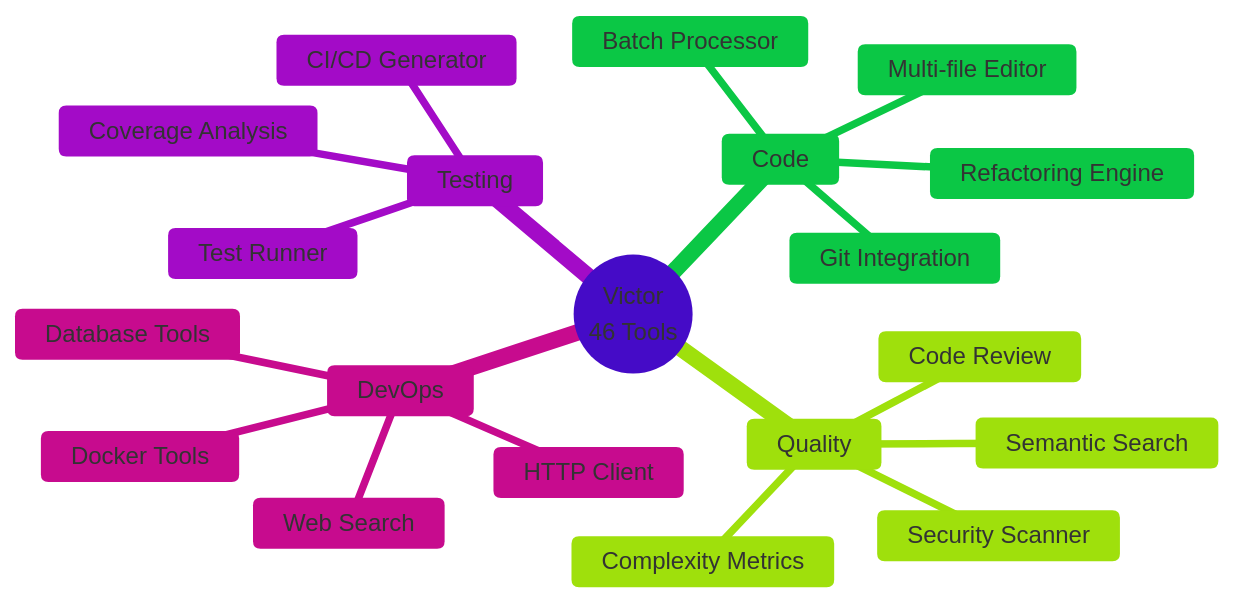
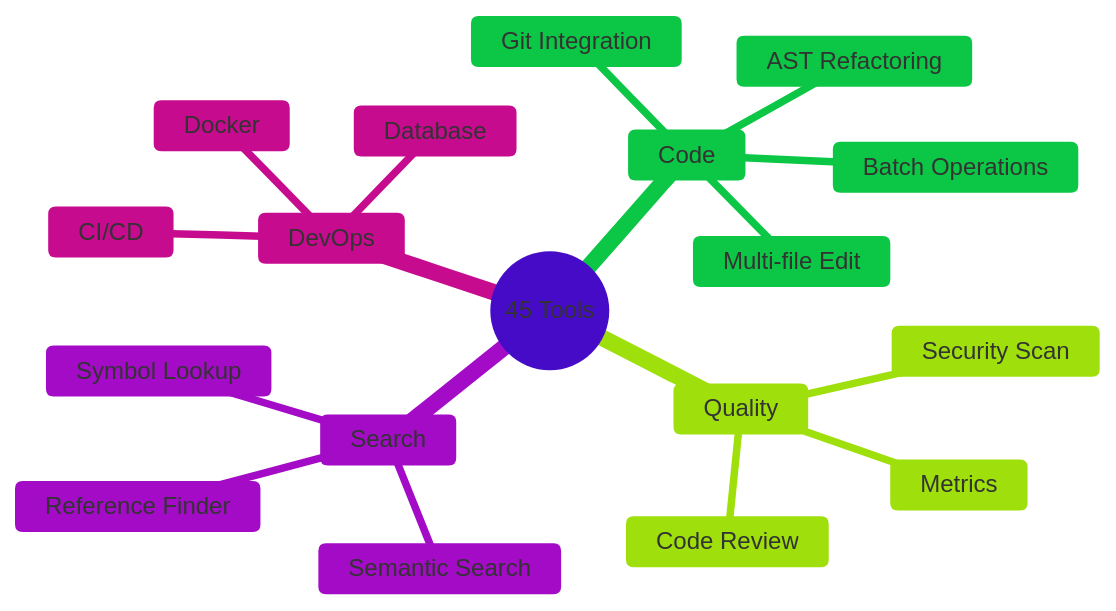
Before and after one commit to vjsingh1984/victor: the fourth of 5 diagrams in README.md, drawn with Mermaid. The commit also changed other lines of this file and 154 other files, not shown here.

First line of the commit message:
feat: Victor v0.1.0-beta - VS Code extension, agent improvements, test fixes

````diff
--- a/README.md
+++ b/README.md
@@ -212,24 +179,22 @@
 ```mermaid
 %%{init: {'theme': 'base', 'themeVariables': { 'primaryColor': '#8B5CF6'}}}%%
 mindmap
-  root((Victor<br/>46 Tools))
+  root((45 Tools))
     Code
-      Multi-file Editor
-      Batch Processor
-      Refactoring Engine
+      Multi-file Edit
+      Batch Operations
+      AST Refactoring
       Git Integration
     Quality
       Code Review
-      Security Scanner
-      Complexity Metrics
+      Security Scan
+      Metrics
+    Search
       Semantic Search
-    Testing
-      Test Runner
-      CI/CD Generator
-      Coverage Analysis
+      Symbol Lookup
+      Reference Finder
     DevOps
-      Docker Tools
-      Database Tools
-      HTTP Client
-      Web Search
+      Docker
+      Database
+      CI/CD
 ```
````
